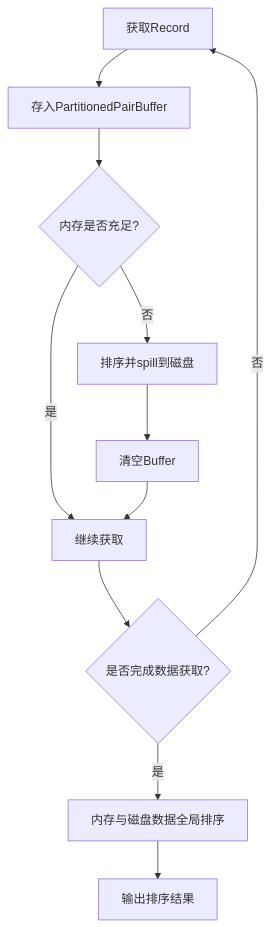
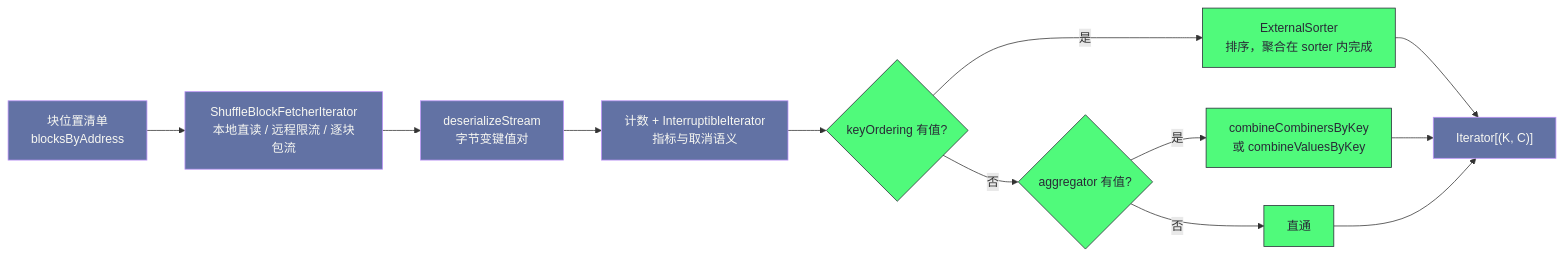
One commit to hpliStartAgain/my-brain changed the fifth of 5 diagrams in content/大数据/Spark/读书笔记-spark内核/05_Shuffle核心机制/2. Spark_Shuffle框架设计与实现.md. Above: the diagram before and after it, drawn with Mermaid. The commit also changed other lines of this file and 259 other files, not shown here.

````diff
--- a/content/大数据/Spark/读书笔记-spark内核/05_Shuffle核心机制/2. Spark_Shuffle框架设计与实现.md
+++ b/content/大数据/Spark/读书笔记-spark内核/05_Shuffle核心机制/2. Spark_Shuffle框架设计与实现.md
@@ -236,14 +587,19 @@
 ```mermaid
-flowchart TD
-    A["获取Record"] --> B["存入PartitionedPairBuffer"]
-    B --> C{"内存是否充足?"}
-    C -->|"是"| D["继续获取"]
-    C -->|"否"| E["排序并spill到磁盘"]
-    E --> F["清空Buffer"]
-    F --> D
-    
-    D --> G{"是否完成数据获取?"}
-    G -->|"否"| A
-    G -->|"是"| H["内存与磁盘数据全局排序"]
-    H --> I["输出排序结果"]
+%%{init: {'theme': 'dracula'}}%%
+flowchart LR
+    A["块位置清单<br/>blocksByAddress"] --> B["ShuffleBlockFetcherIterator<br/>本地直读 / 远程限流 / 逐块包流"]
+    B --> C["deserializeStream<br/>字节变键值对"]
+    C --> D["计数 + InterruptibleIterator<br/>指标与取消语义"]
+    D --> E{"keyOrdering 有值?"}
+    E -- "是" --> F["ExternalSorter<br/>排序，聚合在 sorter 内完成"]
+    E -- "否" --> G{"aggregator 有值?"}
+    G -- "是" --> H["combineCombinersByKey<br/>或 combineValuesByKey"]
+    G -- "否" --> I["直通"]
+    F --> J["Iterator[(K, C)]"]
+    H --> J
+    I --> J
+    classDef move fill:#6272a4,stroke:#bd93f9,color:#f8f8f2
+    classDef sem fill:#50fa7b,stroke:#282a36,color:#282a36
+    class A,B,C,D,J move
+    class E,F,G,H,I sem
 ```
````
